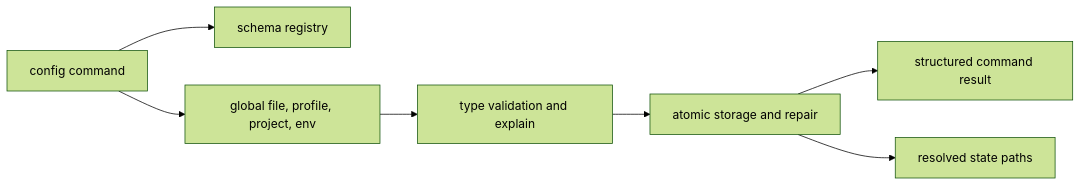
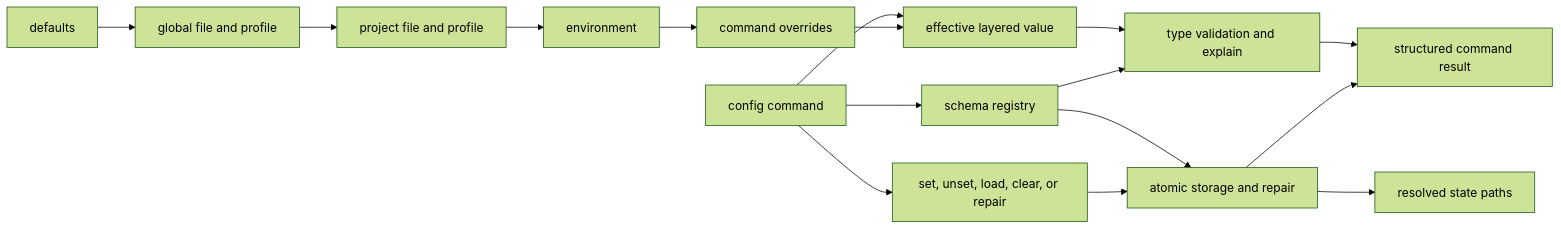
Before and after one commit to bijux/bijux-cli: the diagram in docs/bijux-cli/interfaces/configuration-surface.md, drawn with Mermaid (forest theme). The commit also changed other lines of this file and 3 other files, not shown here.

````diff
--- a/docs/bijux-cli/interfaces/configuration-surface.md
+++ b/docs/bijux-cli/interfaces/configuration-surface.md
@@ -21,9 +21,23 @@
 ```mermaid
 flowchart LR
-    command["config command"] --> schema["schema registry"]
-    command --> layered["global file, profile, project, env"]
-    layered --> validate["type validation and explain"]
-    validate --> storage["atomic storage and repair"]
+    defaults["defaults"]
+    global["global file and profile"]
+    project["project file and profile"]
+    environment["environment"]
+    overrides["command overrides"]
+    command["config command"]
+    schema["schema registry"]
+    layered["effective layered value"]
+    inspect["type validation and explain"]
+    mutation["set, unset, load, clear, or repair"]
+
+    defaults --> global --> project --> environment --> overrides --> layered
+    command --> schema
+    command --> layered
+    command --> mutation --> storage["atomic storage and repair"]
     storage --> result["structured command result"]
     storage --> paths["resolved state paths"]
+    schema --> inspect
+    layered --> inspect --> result
+    schema --> storage
 ```
````
